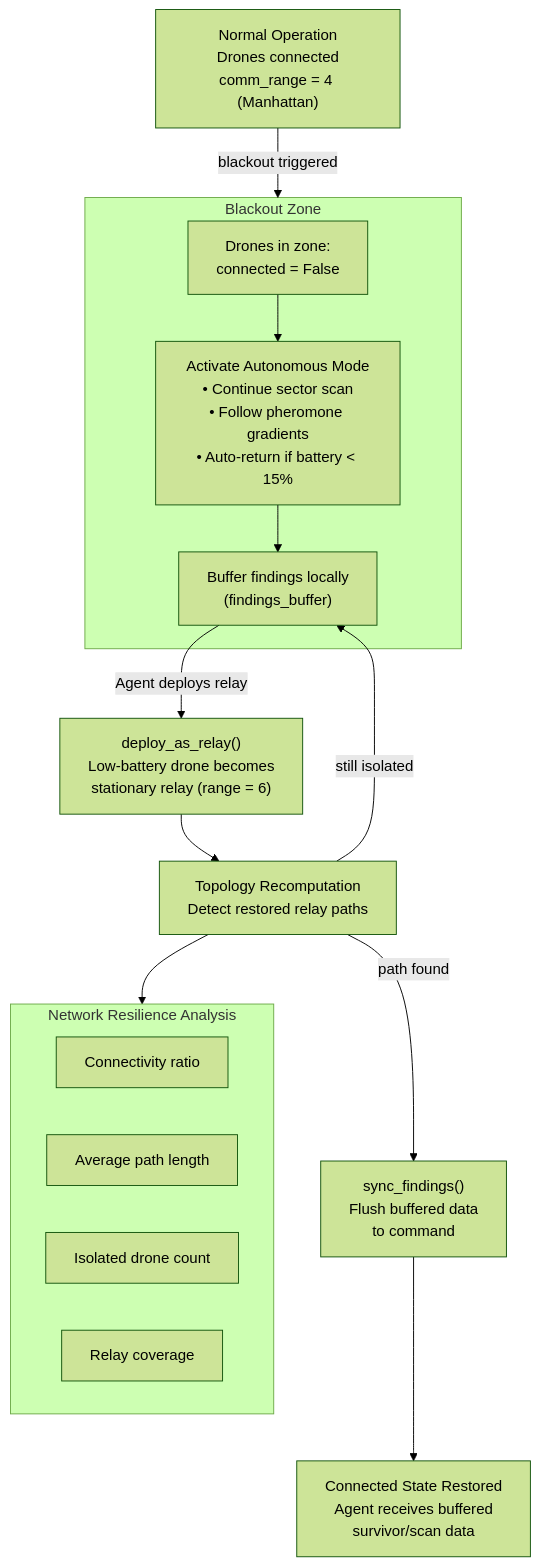
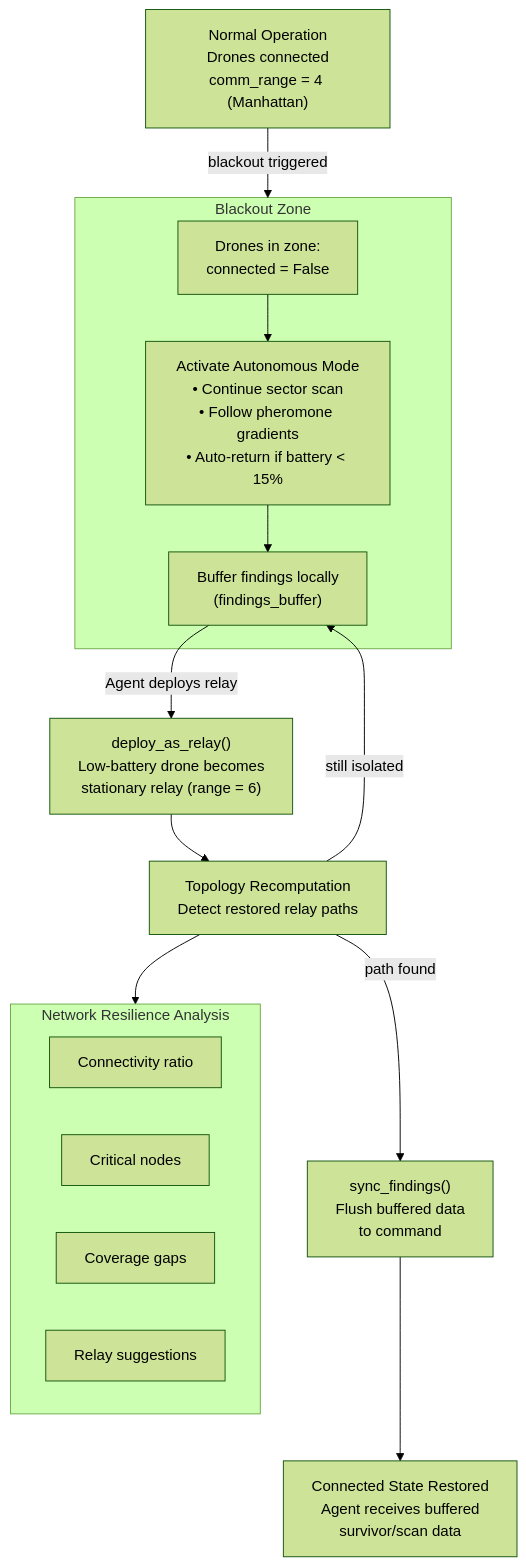
Before and after one commit to Andersonnn7788/drone-agents: the sixth of 8 diagrams in README.md, drawn with Mermaid (forest theme). The commit also changed other lines of this file and 20 other files, not shown here.

Commit message:
fix all the bugs and update readme and architecture

````diff
--- a/README.md
+++ b/README.md
@@ -245,32 +249,32 @@
 ```mermaid
 flowchart TB
     NORMAL["Normal Operation<br>Drones connected<br>comm_range = 4 (Manhattan)"] -->|"blackout triggered"| BLACKOUT
 
     subgraph BLACKOUT["Blackout Zone"]
         DISC["Drones in zone:<br>connected = False"]
         AUTO["Activate Autonomous Mode<br>• Continue sector scan<br>• Follow pheromone gradients<br>• Auto-return if battery < 15%"]
         BUFF["Buffer findings locally<br>(findings_buffer)"]
     end
 
     DISC --> AUTO
     AUTO --> BUFF
 
     BUFF -->|"Agent deploys relay"| RELAY["deploy_as_relay()<br>Low-battery drone becomes<br>stationary relay (range = 6)"]
 
     RELAY --> RECOMPUTE["Topology Recomputation<br>Detect restored relay paths"]
 
     RECOMPUTE -->|"path found"| SYNC["sync_findings()<br>Flush buffered data<br>to command"]
 
     RECOMPUTE -->|"still isolated"| BUFF
 
     SYNC --> RECOVERED["Connected State Restored<br>Agent receives buffered<br>survivor/scan data"]
 
     subgraph Resilience["Network Resilience Analysis"]
         R1[Connectivity ratio]
-        R2[Average path length]
-        R3[Isolated drone count]
-        R4[Relay coverage]
+        R2[Critical nodes]
+        R3[Coverage gaps]
+        R4[Relay suggestions]
     end
 
     RECOMPUTE --> Resilience
 ```
````
